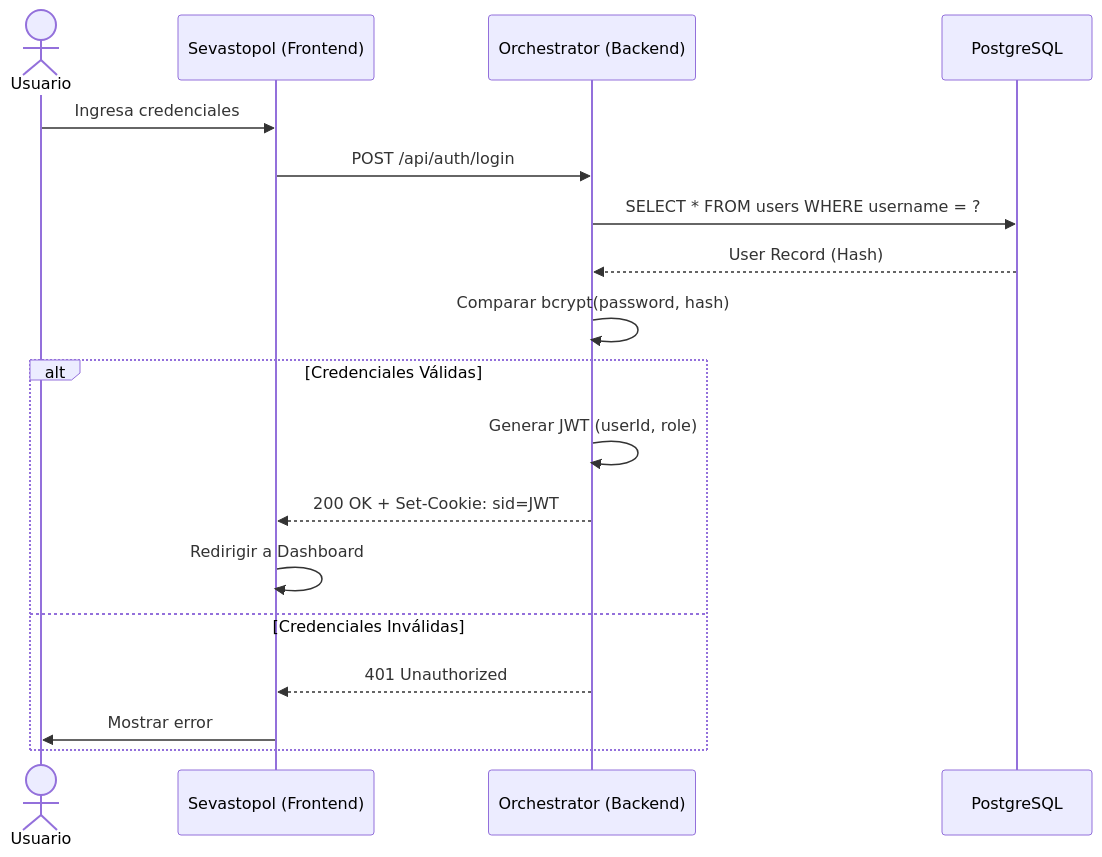
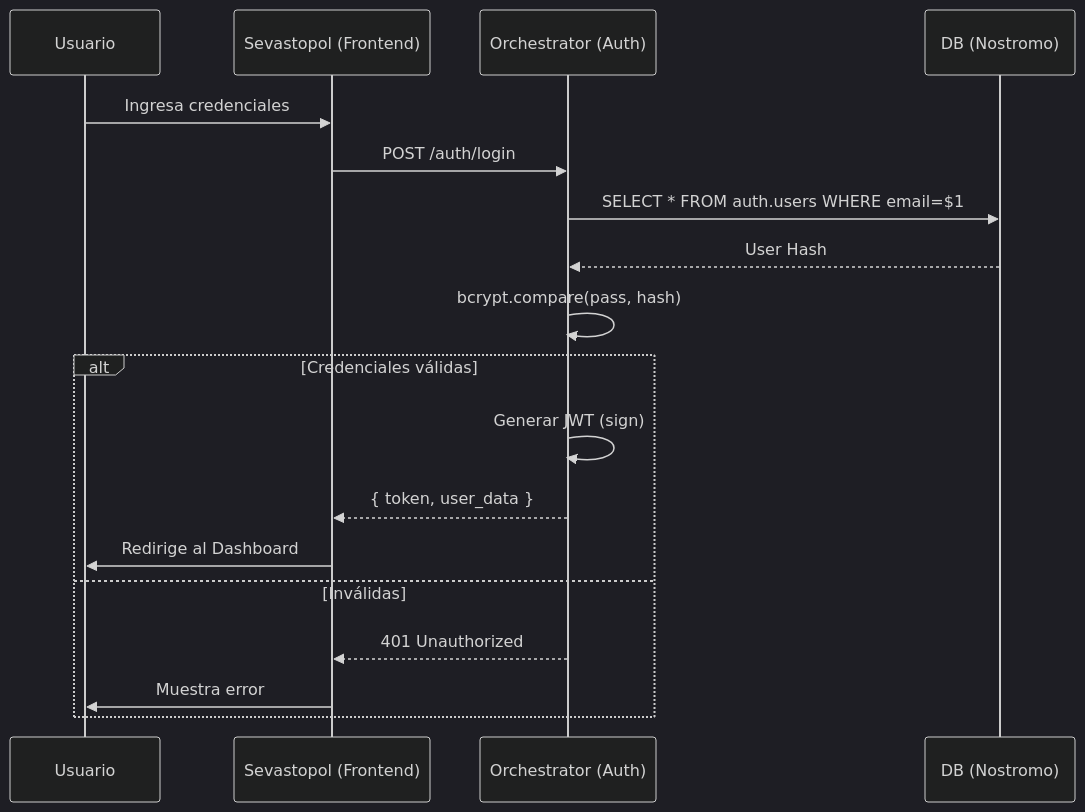
Before and after one commit to ChrisTkm/jean_d_arc: the diagram in src/content/docs/seguridad/autenticacion.md, drawn with Mermaid. The commit also changed other lines of this file and 8 other files, not shown here.

Commit message:
docs: Add comprehensive documentation for accounting remuneration, system architecture, and security practices including various diagrams.

````diff
--- a/src/content/docs/seguridad/autenticacion.md
+++ b/src/content/docs/seguridad/autenticacion.md
@@ -24,22 +29,23 @@
 ```mermaid
+%%{init: {'theme': 'dark', 'themeVariables': { 'primaryColor': '#2a2a2a', 'primaryTextColor': '#e0e0e0', 'lineColor': '#f38020'}}}%%
 sequenceDiagram
-    actor User as Usuario
-    participant FE as Sevastopol (Frontend)
-    participant BE as Orchestrator (Backend)
-    participant DB as PostgreSQL
-
-    User->>FE: Ingresa credenciales
-    FE->>BE: POST /api/auth/login
-    BE->>DB: SELECT * FROM users WHERE username = ?
-    DB-->>BE: User Record (Hash)
-    BE->>BE: Comparar bcrypt(password, hash)
+    participant U as Usuario
+    participant F as Sevastopol (Frontend)
+    participant A as Orchestrator (Auth)
+    participant D as DB (Nostromo)
     
-    alt Credenciales Válidas
-        BE->>BE: Generar JWT (userId, role)
-        BE-->>FE: 200 OK + Set-Cookie: sid=JWT
-        FE->>FE: Redirigir a Dashboard
-    else Credenciales Inválidas
-        BE-->>FE: 401 Unauthorized
-        FE->>User: Mostrar error
+    U->>F: Ingresa credenciales
+    F->>A: POST /auth/login
+    A->>D: SELECT * FROM auth.users WHERE email=$1
+    D-->>A: User Hash
+    A->>A: bcrypt.compare(pass, hash)
+    
+    alt Credenciales válidas
+        A->>A: Generar JWT (sign)
+        A-->>F: { token, user_data }
+        F->>U: Redirige al Dashboard
+    else Inválidas
+        A-->>F: 401 Unauthorized
+        F->>U: Muestra error
     end
 ```
````
